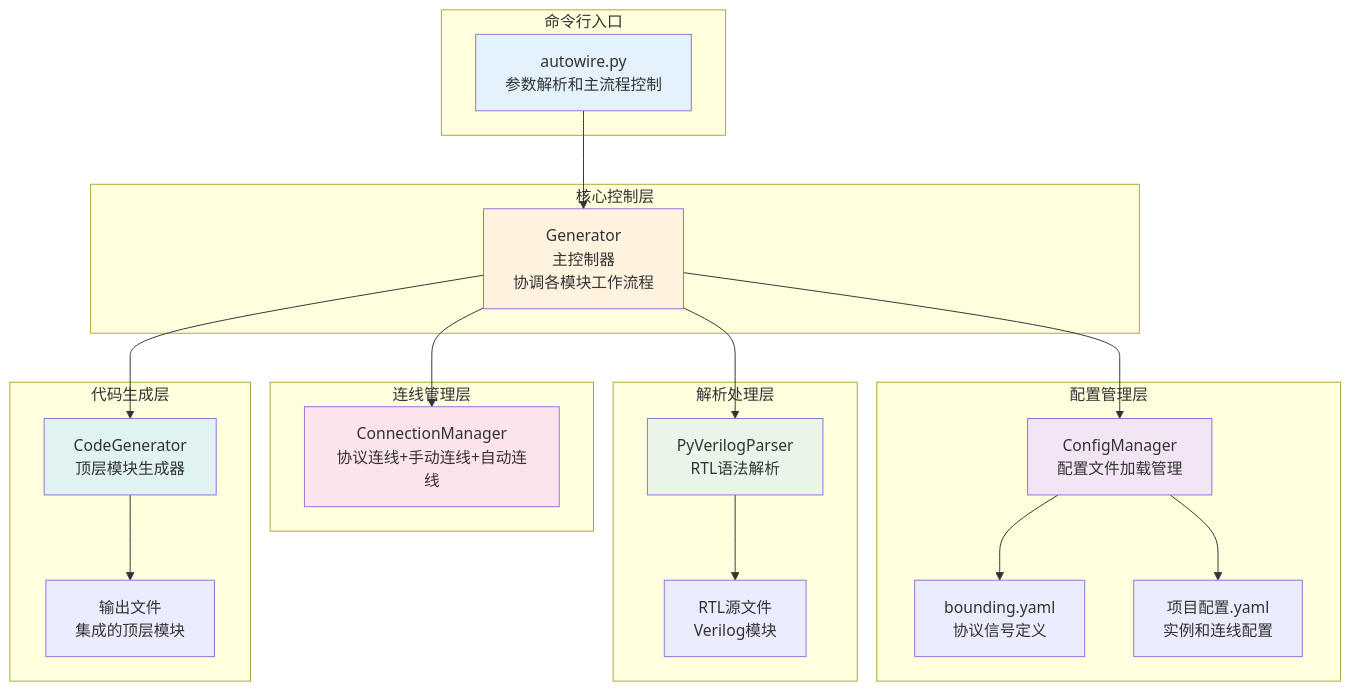
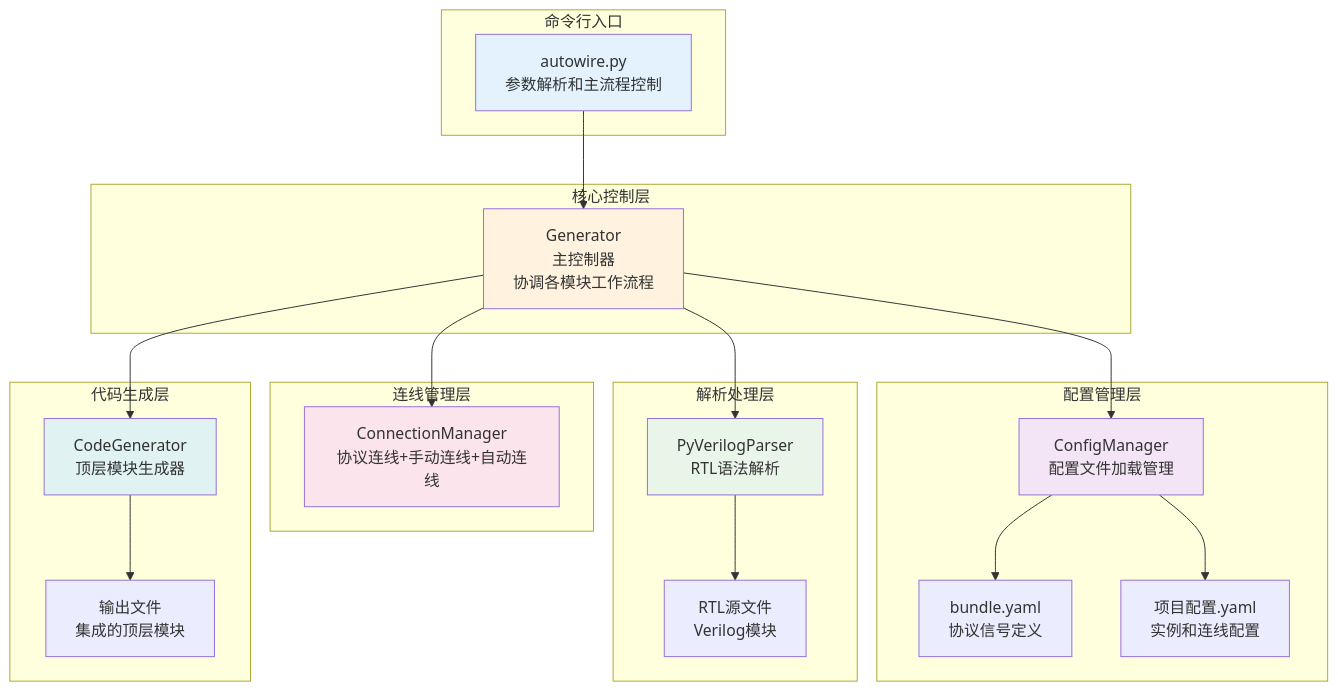
Before and after one commit to czz-zzc/autowire: the first of 3 diagrams in README.md, drawn with Mermaid. The commit also changed other lines of this file and 17 other files, not shown here.

Commit message:
change bounding to bundle

````diff
--- a/README.md
+++ b/README.md
@@ -9,48 +9,48 @@
 ```mermaid
 graph TB
     subgraph "命令行入口"
         A[autowire.py<br/>参数解析和主流程控制]
     end
     
     subgraph "核心控制层"
         B[Generator<br/>主控制器<br/>协调各模块工作流程]
     end
     
     subgraph "配置管理层"  
         C[ConfigManager<br/>配置文件加载管理]
-        D[bounding.yaml<br/>协议信号定义]
+        D[bundle.yaml<br/>协议信号定义]
         E[项目配置.yaml<br/>实例和连线配置]
     end
     
     subgraph "解析处理层"
         F[PyVerilogParser<br/>RTL语法解析]
         G[RTL源文件<br/>Verilog模块]
     end
     
     subgraph "连线管理层"
         H[ConnectionManager<br/>协议连线+手动连线+自动连线]
     end
     
     subgraph "代码生成层"
         I[CodeGenerator<br/>顶层模块生成器]
         J[输出文件<br/>集成的顶层模块]
     end
     
     A --> B
     B --> C
     B --> F  
     B --> H
     B --> I
     
     C --> D
     C --> E
     F --> G
     I --> J
     
     style A fill:#e3f2fd
     style B fill:#fff3e0
     style C fill:#f3e5f5
     style F fill:#e8f5e8
     style H fill:#fce4ec
     style I fill:#e0f2f1
 ```
````
